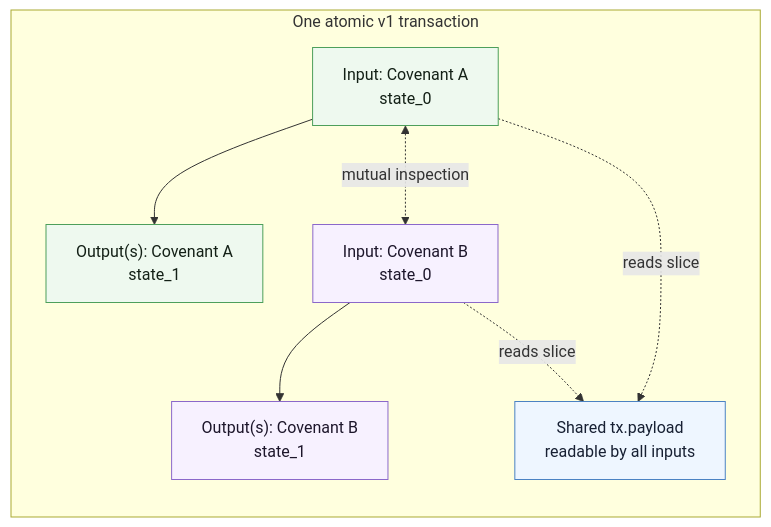
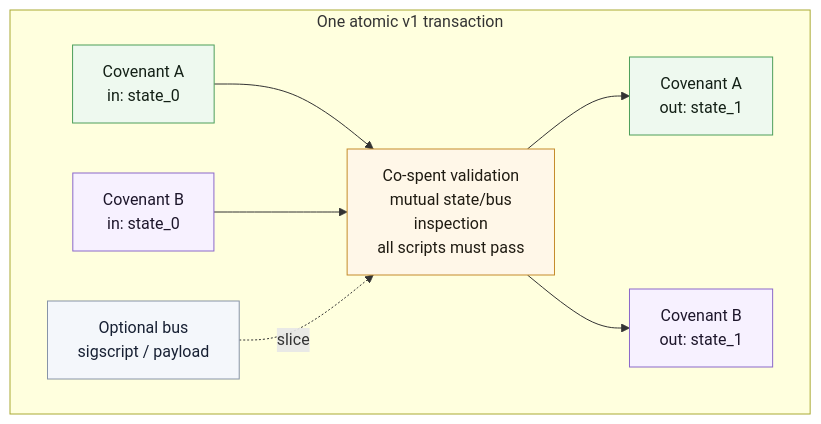
One commit to kaspanet/docs changed the first of 2 diagrams in content/docs/programmability/composability.mdx. Above: the diagram before and after it, drawn with Mermaid. The commit also changed other lines of this file and 1 other file, not shown here.

Commit message:
Abstract dynamic-dispatch message bus, compare sigscript vs payload transports, and polish diagrams

````diff
--- a/content/docs/programmability/composability.mdx
+++ b/content/docs/programmability/composability.mdx
@@ -10,21 +10,25 @@
 ```mermaid
-flowchart TB
+flowchart LR
     classDef a fill:#eef9ef,stroke:#4d9f5b,color:#132016
     classDef b fill:#f7f1ff,stroke:#8b68ca,color:#1d162b
-    classDef tx fill:#eef6ff,stroke:#4b82c3,color:#172033
+    classDef tx fill:#f4f7fb,stroke:#8794a8,color:#172033
+    classDef chk fill:#fff7e8,stroke:#c58b2a,color:#1f1b12
 
     subgraph TX["One atomic v1 transaction"]
-        direction TB
-        IA["Input: Covenant A<br/>state_0"]:::a
-        IB["Input: Covenant B<br/>state_0"]:::b
-        PL["Shared tx.payload<br/>readable by all inputs"]:::tx
-        OA["Output(s): Covenant A<br/>state_1"]:::a
-        OB["Output(s): Covenant B<br/>state_1"]:::b
+        direction LR
+        IA["Covenant A<br/>in: state_0"]:::a
+        IB["Covenant B<br/>in: state_0"]:::b
+        PL["Optional bus<br/>sigscript / payload"]:::tx
 
-        IA --> OA
-        IB --> OB
-        IA <-.->|"mutual inspection"| IB
-        IA -. "reads slice" .-> PL
-        IB -. "reads slice" .-> PL
+        CHK["Co-spent validation<br/>mutual state/bus<br/>inspection<br/>all scripts must pass"]:::chk
+
+        OA["Covenant A<br/>out: state_1"]:::a
+        OB["Covenant B<br/>out: state_1"]:::b
+
+        IA --> CHK
+        IB --> CHK
+        PL -. "slice" .-> CHK
+        CHK --> OA
+        CHK --> OB
     end
 ```
````
